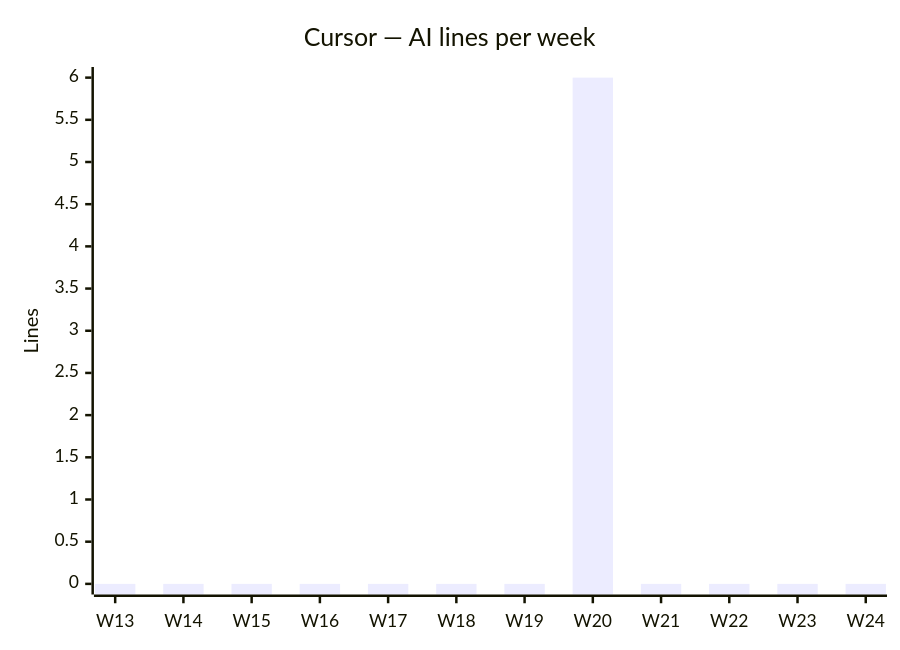
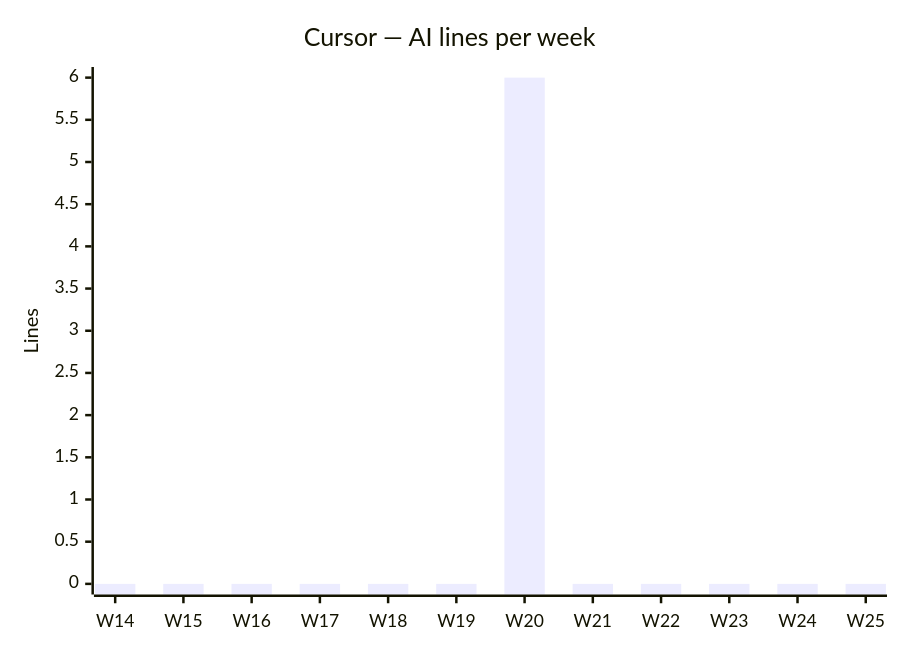
The fourth of 4 diagrams in docs/AI_USAGE.md (fromwaydowntown/ai-use), drawn with Mermaid before and after one commit. The commit also changed other lines of this file, not shown here.

````diff
--- a/docs/AI_USAGE.md
+++ b/docs/AI_USAGE.md
@@ -49,7 +49,7 @@
 ```mermaid
 xychart-beta
     title "Cursor — AI lines per week"
-    x-axis ["W13", "W14", "W15", "W16", "W17", "W18", "W19", "W20", "W21", "W22", "W23", "W24"]
+    x-axis ["W14", "W15", "W16", "W17", "W18", "W19", "W20", "W21", "W22", "W23", "W24", "W25"]
     y-axis "Lines"
-    bar [0, 0, 0, 0, 0, 0, 0, 6, 0, 0, 0, 0]
+    bar [0, 0, 0, 0, 0, 0, 6, 0, 0, 0, 0, 0]
 ```
````
